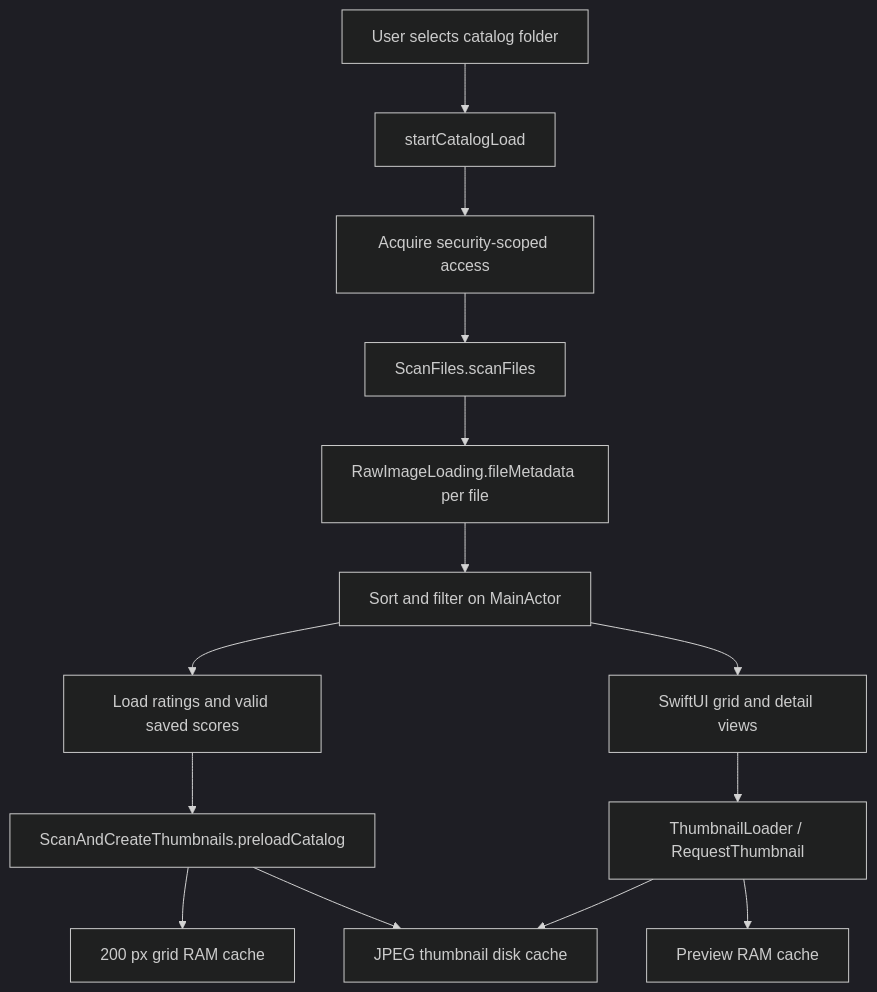
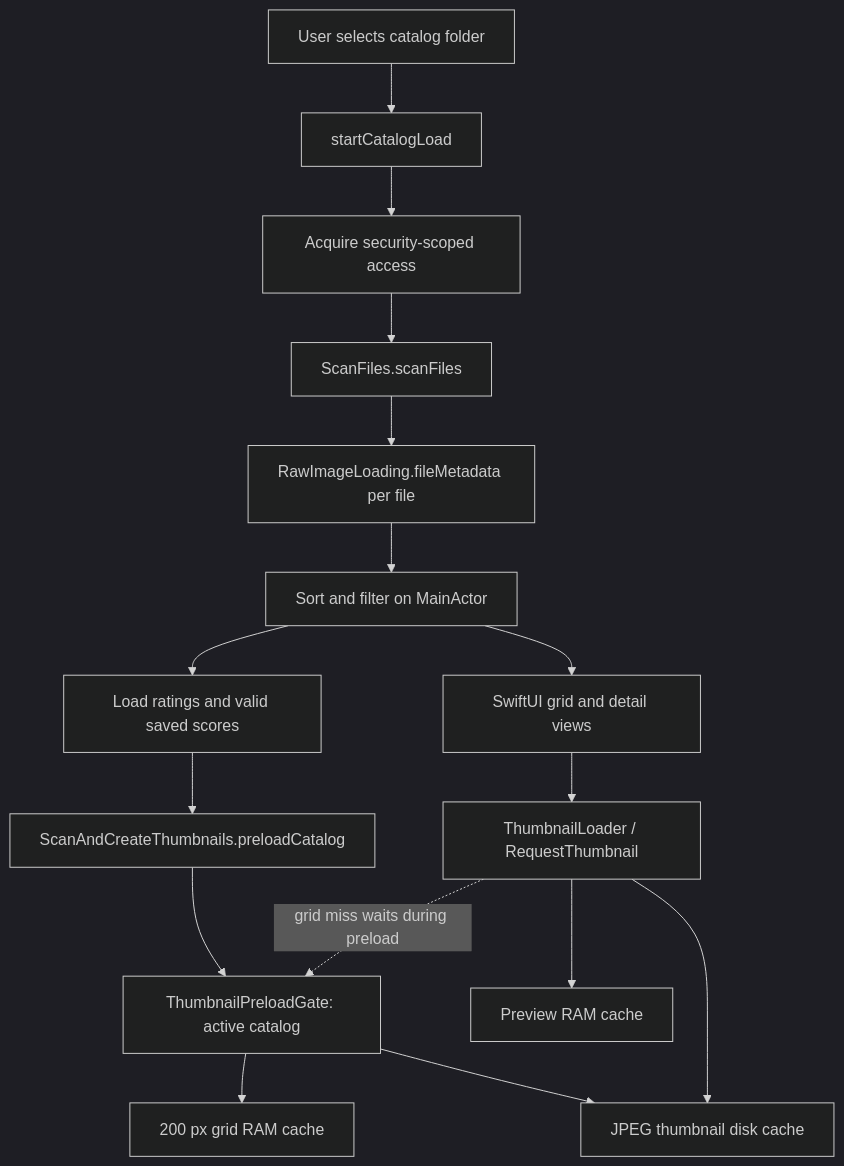
Before and after one commit to rsyncOSX/TechDocRawcull: the first of 3 diagrams in content/en/docs/thumbnail.md, drawn with Mermaid (dark theme). The commit also changed other lines of this file and 4 other files, not shown here.

````diff
--- a/content/en/docs/thumbnail.md
+++ b/content/en/docs/thumbnail.md
@@ -33,16 +42,18 @@
 ```mermaid
 flowchart TD
     A["User selects catalog folder"] --> B["startCatalogLoad"]
     B --> C["Acquire security-scoped access"]
     C --> D["ScanFiles.scanFiles"]
     D --> E["RawImageLoading.fileMetadata per file"]
     E --> F["Sort and filter on MainActor"]
     F --> G["Load ratings and valid saved scores"]
     G --> H["ScanAndCreateThumbnails.preloadCatalog"]
-    H --> I["200 px grid RAM cache"]
-    H --> J["JPEG thumbnail disk cache"]
+    H --> Gate["ThumbnailPreloadGate: active catalog"]
+    Gate --> I["200 px grid RAM cache"]
+    Gate --> J["JPEG thumbnail disk cache"]
     F --> K["SwiftUI grid and detail views"]
     K --> L["ThumbnailLoader / RequestThumbnail"]
+    L -. "grid miss waits during preload" .-> Gate
     L --> M["Preview RAM cache"]
     L --> J
 ```
````
